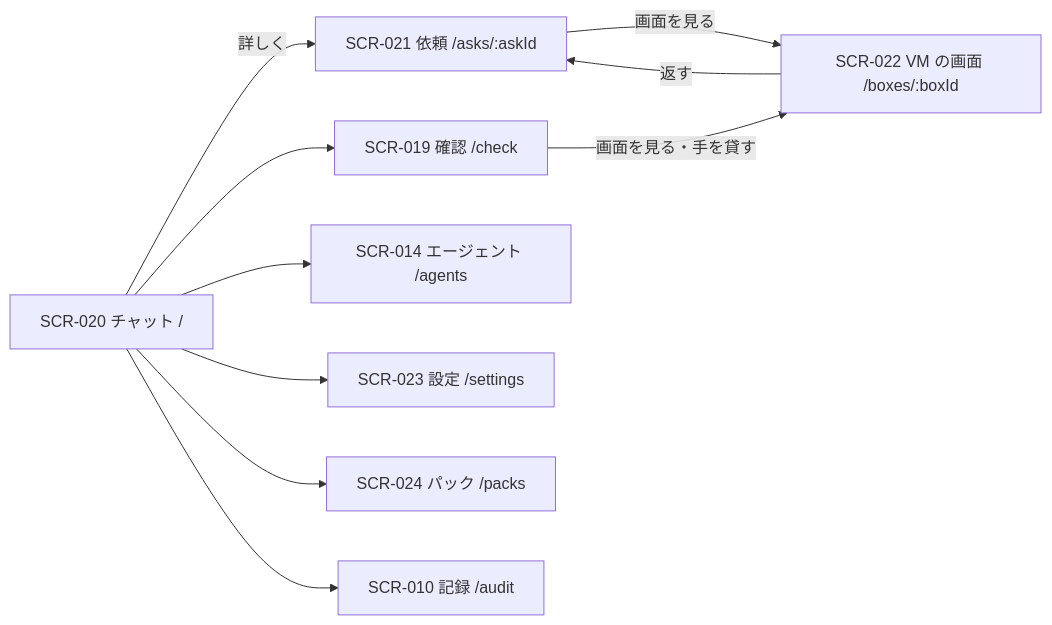
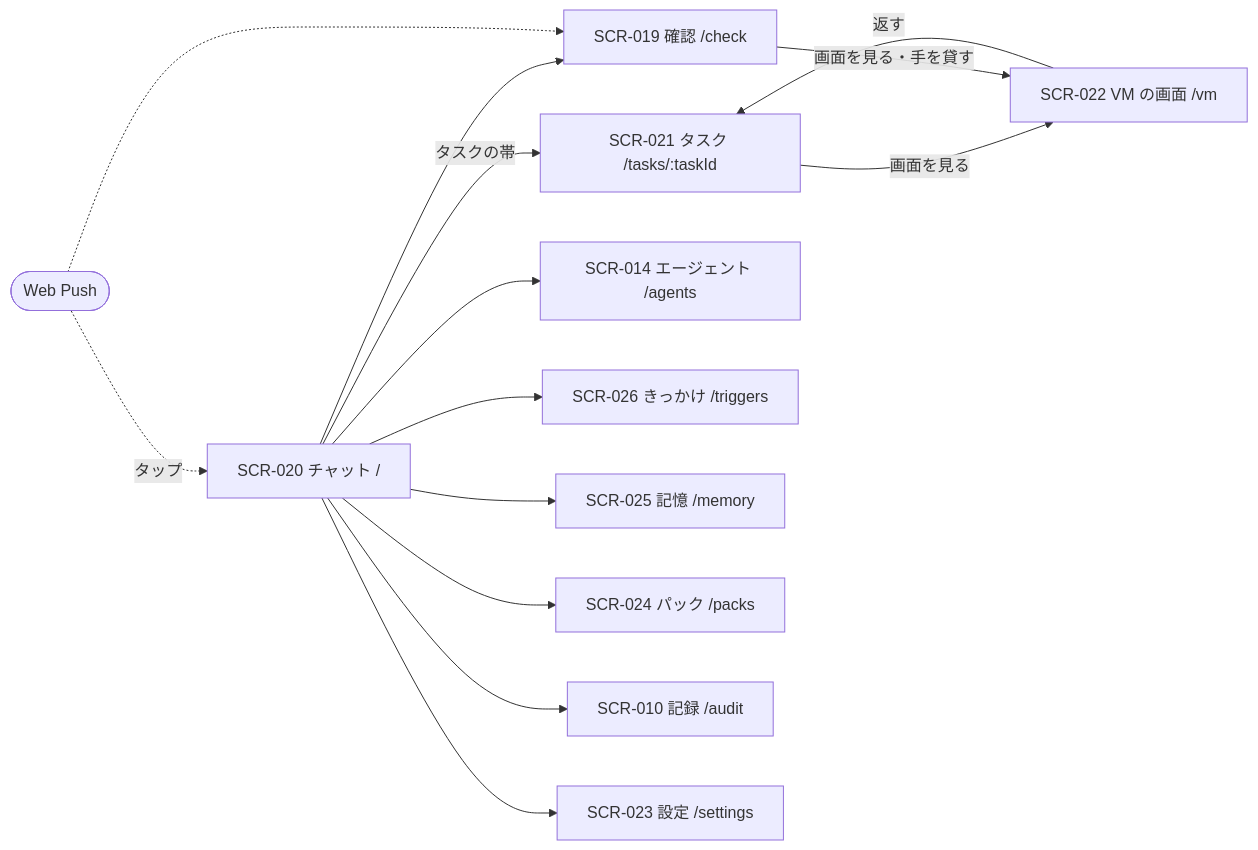
The diagram in docs/design/06_ux_design.md (itiwoja/agent-team), drawn with Mermaid before and after one commit. The commit also changed other lines of this file and 25 other files, not shown here.

````diff
--- a/docs/design/06_ux_design.md
+++ b/docs/design/06_ux_design.md
@@ -13,12 +13,16 @@
 ```mermaid
 flowchart LR
- S20["SCR-020 チャット /"] -->|"詳しく"| S21["SCR-021 依頼 /asks/:askId"]
- S21 -->|"画面を見る"| S22["SCR-022 VM の画面 /boxes/:boxId"]
+ S20["SCR-020 チャット /"] -->|"タスクの帯"| S21["SCR-021 タスク /tasks/:taskId"]
+ S21 -->|"画面を見る"| S22["SCR-022 VM の画面 /vm"]
  S19["SCR-019 確認 /check"] -->|"画面を見る・手を貸す"| S22
  S20 --> S19
  S20 --> S14["SCR-014 エージェント /agents"]
- S20 --> S23["SCR-023 設定 /settings"]
+ S20 --> S26["SCR-026 きっかけ /triggers"]
+ S20 --> S25["SCR-025 記憶 /memory"]
  S20 --> S24["SCR-024 パック /packs"]
  S20 --> S10["SCR-010 記録 /audit"]
+ S20 --> S23["SCR-023 設定 /settings"]
  S22 -->|"返す"| S21
+ P(["Web Push"]) -.->|"タップ"| S20
+ P -.-> S19
 ```
````
